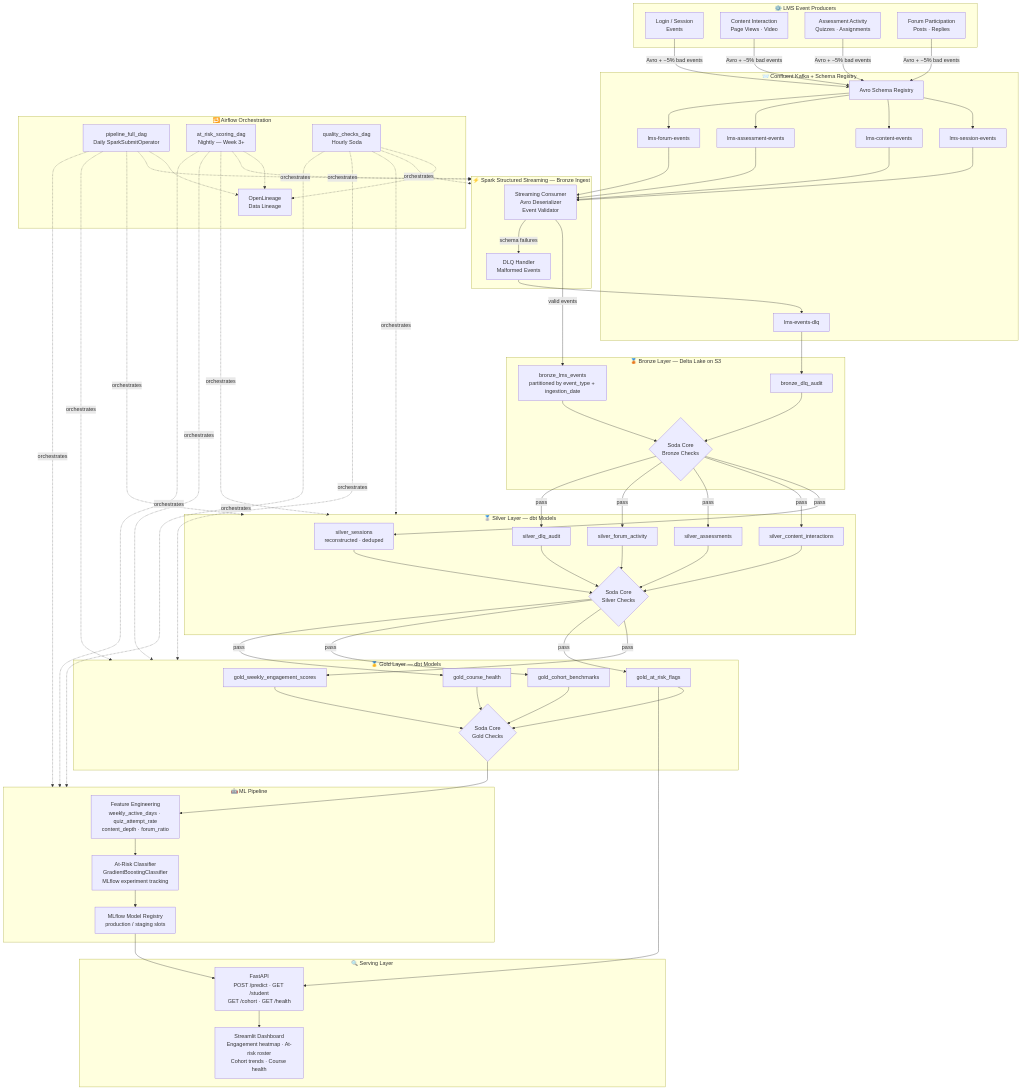
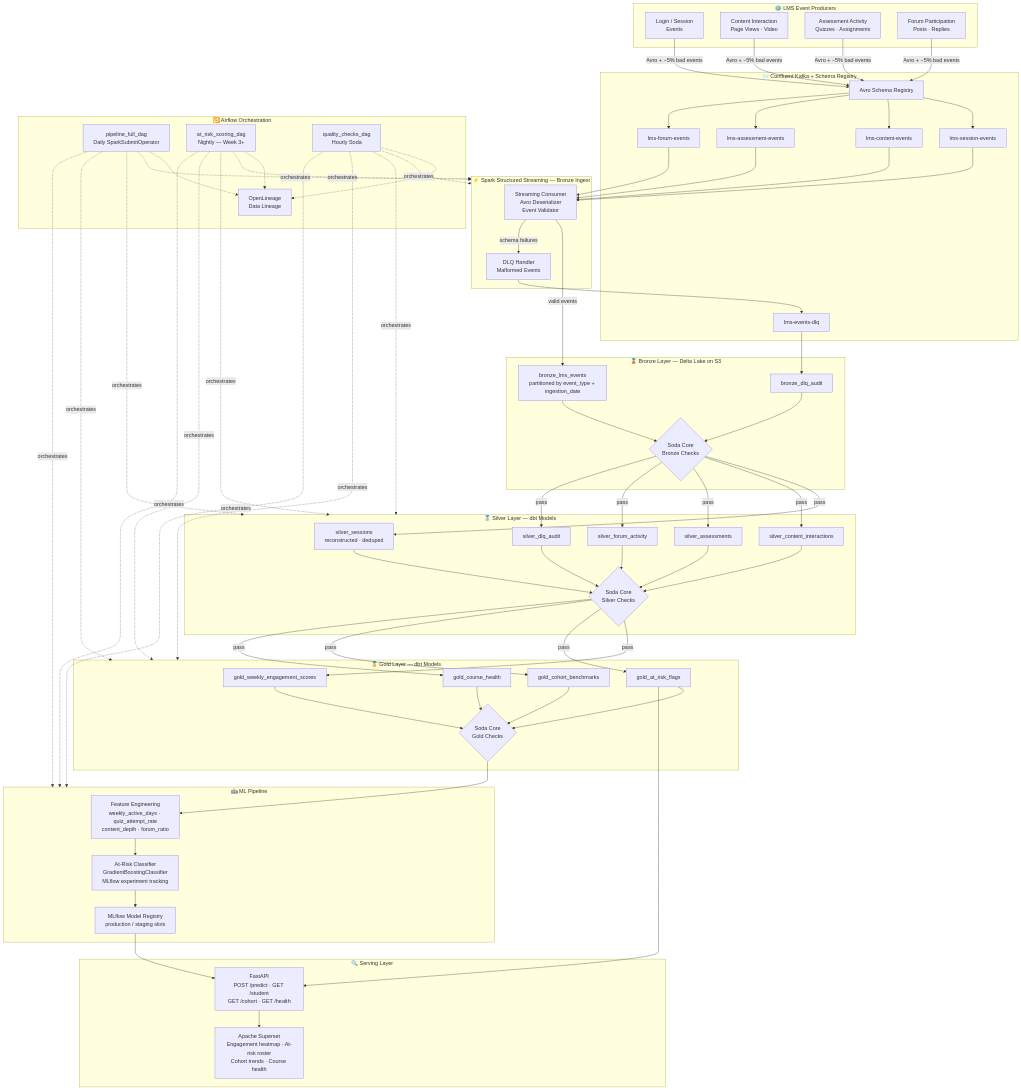
Before and after one commit to arcofiero/edupulse-analytics: the diagram in README.md, drawn with Mermaid. The commit also changed other lines of this file, not shown here.

Commit message:
Replace Streamlit with Apache Superset for dashboarding

````diff
--- a/README.md
+++ b/README.md
@@ -37,82 +37,82 @@
 ```mermaid
 flowchart TD
     subgraph Producers["⚙️ LMS Event Producers"]
         P1[Login / Session\nEvents]
         P2[Content Interaction\nPage Views · Video]
         P3[Assessment Activity\nQuizzes · Assignments]
         P4[Forum Participation\nPosts · Replies]
     end
 
     subgraph Kafka["📨 Confluent Kafka + Schema Registry"]
         SR[Avro Schema Registry]
         T1[lms-session-events]
         T2[lms-content-events]
         T3[lms-assessment-events]
         T4[lms-forum-events]
         DLQ[lms-events-dlq]
     end
 
     subgraph Spark["⚡ Spark Structured Streaming — Bronze Ingest"]
         FC[Streaming Consumer\nAvro Deserializer\nEvent Validator]
         DH[DLQ Handler\nMalformed Events]
     end
 
     subgraph Bronze["🥉 Bronze Layer — Delta Lake on S3"]
         B1[bronze_lms_events\npartitioned by event_type + ingestion_date]
         B2[bronze_dlq_audit]
         SC1{Soda Core\nBronze Checks}
     end
 
     subgraph Silver["🥈 Silver Layer — dbt Models"]
         S1[silver_sessions\nreconstructed · deduped]
         S2[silver_content_interactions]
         S3[silver_assessments]
         S4[silver_forum_activity]
         S5[silver_dlq_audit]
         SC2{Soda Core\nSilver Checks}
     end
 
     subgraph Gold["🥇 Gold Layer — dbt Models"]
         G1[gold_weekly_engagement_scores]
         G2[gold_at_risk_flags]
         G3[gold_cohort_benchmarks]
         G4[gold_course_health]
         SC3{Soda Core\nGold Checks}
     end
 
     subgraph ML["🤖 ML Pipeline"]
         FE[Feature Engineering\nweekly_active_days · quiz_attempt_rate\ncontent_depth · forum_ratio]
         TR[At-Risk Classifier\nGradientBoostingClassifier\nMLflow experiment tracking]
         MR[MLflow Model Registry\nproduction / staging slots]
     end
 
     subgraph Serving["🔍 Serving Layer"]
         API[FastAPI\nPOST /predict · GET /student\nGET /cohort · GET /health]
-        UI[Streamlit Dashboard\nEngagement heatmap · At-risk roster\nCohort trends · Course health]
+        UI[Apache Superset\nEngagement heatmap · At-risk roster\nCohort trends · Course health]
     end
 
     subgraph Orchestration["🔁 Airflow Orchestration"]
         DAG1[pipeline_full_dag\nDaily SparkSubmitOperator]
         DAG2[at_risk_scoring_dag\nNightly — Week 3+]
         DAG3[quality_checks_dag\nHourly Soda]
         OL[OpenLineage\nData Lineage]
     end
 
     P1 & P2 & P3 & P4 -->|Avro + ~5% bad events| SR
     SR --> T1 & T2 & T3 & T4
     T1 & T2 & T3 & T4 --> FC
     FC -->|valid events| B1
     FC -->|schema failures| DH --> DLQ --> B2
     B1 & B2 --> SC1
     SC1 -->|pass| S1 & S2 & S3 & S4 & S5
     S1 & S2 & S3 & S4 & S5 --> SC2
     SC2 -->|pass| G1 & G2 & G3 & G4
     G1 & G2 & G3 & G4 --> SC3
     SC3 --> FE
     FE --> TR --> MR
     MR --> API
     G2 --> API
     API --> UI
     DAG1 & DAG2 & DAG3 -.->|orchestrates| Spark & Silver & Gold & ML
     DAG1 & DAG2 & DAG3 -.-> OL
 ```
````
